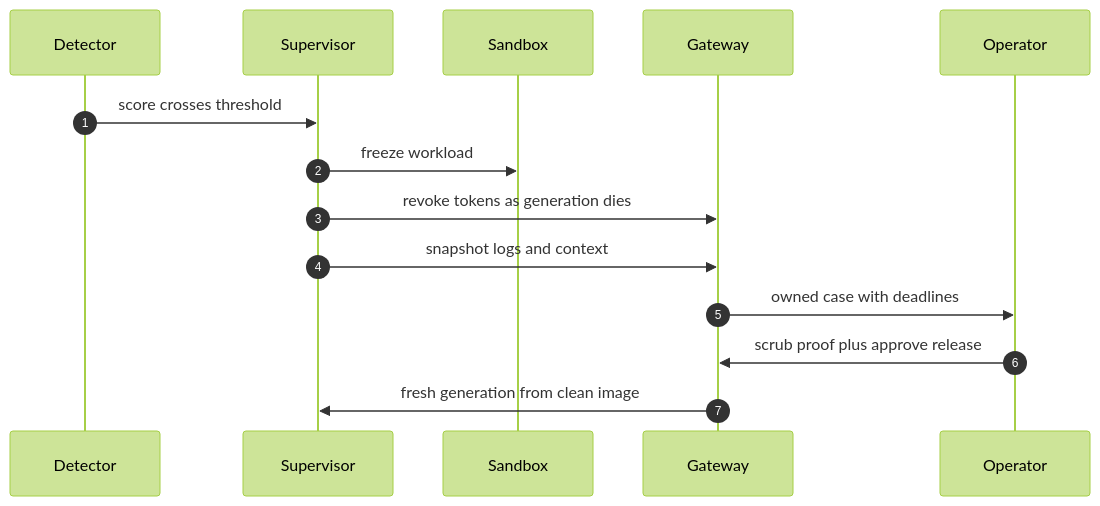
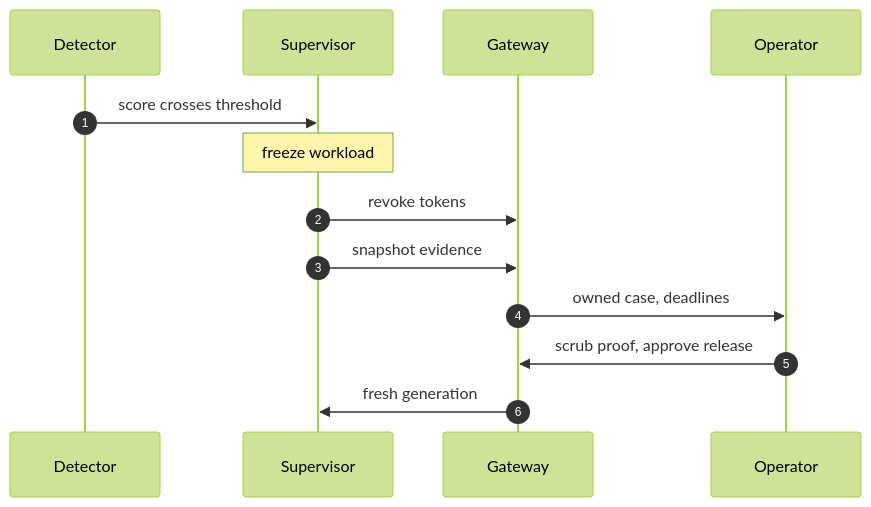
Before and after one commit to harishgovardhandamodar/AI-Agents-Patterns: diagram 22 of 26 in book/OPENSHELL-REFERENCE-ARCHITECTURE.md, drawn with Mermaid (forest theme). The commit also changed other lines of this file and 4 other files, not shown here.

First line of the commit message:
Presentable UML: vertical stacks, no dead columns, tighter sequences

````diff
--- a/book/OPENSHELL-REFERENCE-ARCHITECTURE.md
+++ b/book/OPENSHELL-REFERENCE-ARCHITECTURE.md
@@ -728,16 +724,15 @@
 ```mermaid
 sequenceDiagram
     autonumber
     participant D as Detector
     participant SV as Supervisor
-    participant SB as Sandbox
     participant GW as Gateway
     participant OP as Operator
     D->>SV: score crosses threshold
-    SV->>SB: freeze workload
-    SV->>GW: revoke tokens as generation dies
-    SV->>GW: snapshot logs and context
-    GW->>OP: owned case with deadlines
-    OP->>GW: scrub proof plus approve release
-    GW->>SV: fresh generation from clean image
+    Note over SV: freeze workload
+    SV->>GW: revoke tokens
+    SV->>GW: snapshot evidence
+    GW->>OP: owned case, deadlines
+    OP->>GW: scrub proof, approve release
+    GW->>SV: fresh generation
 ```
````
